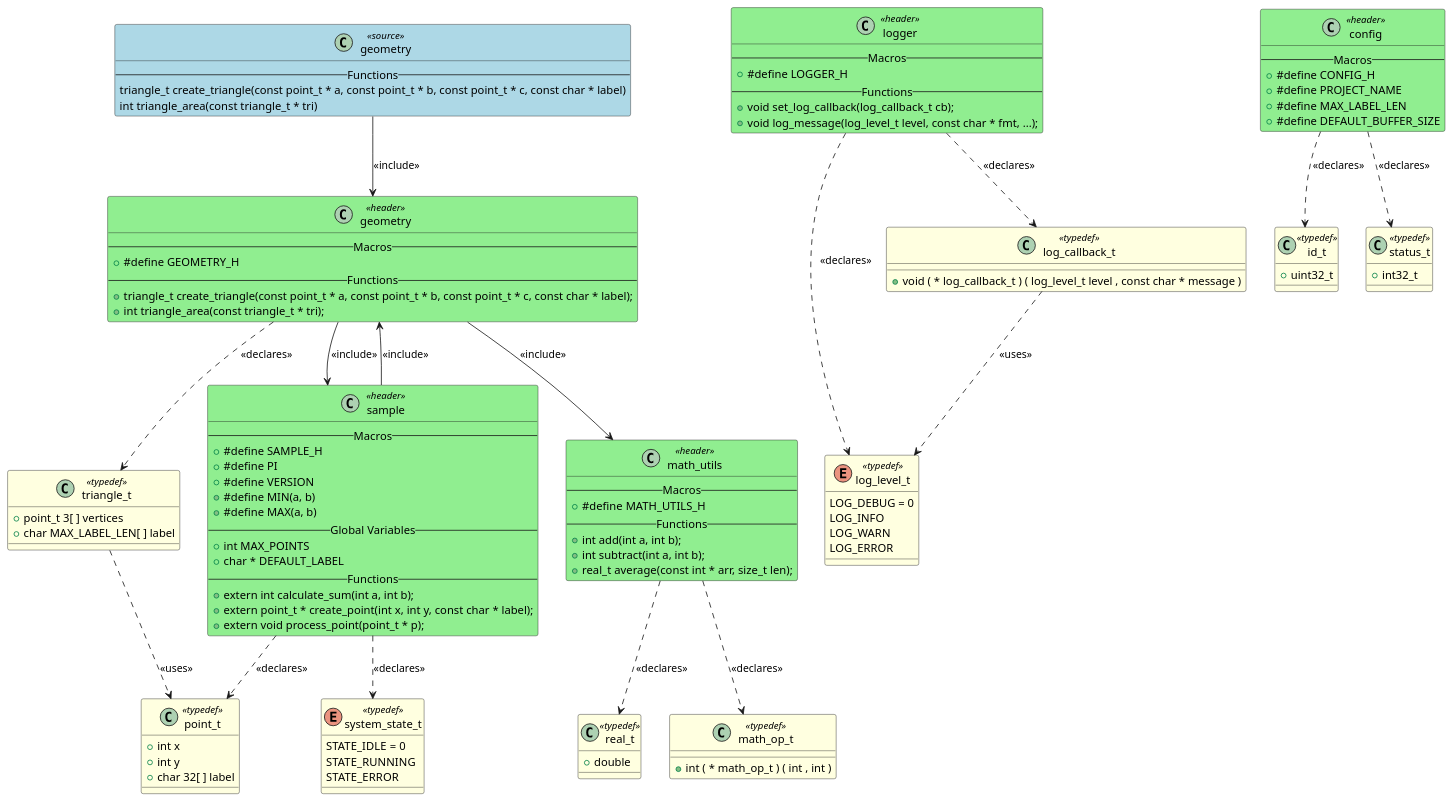
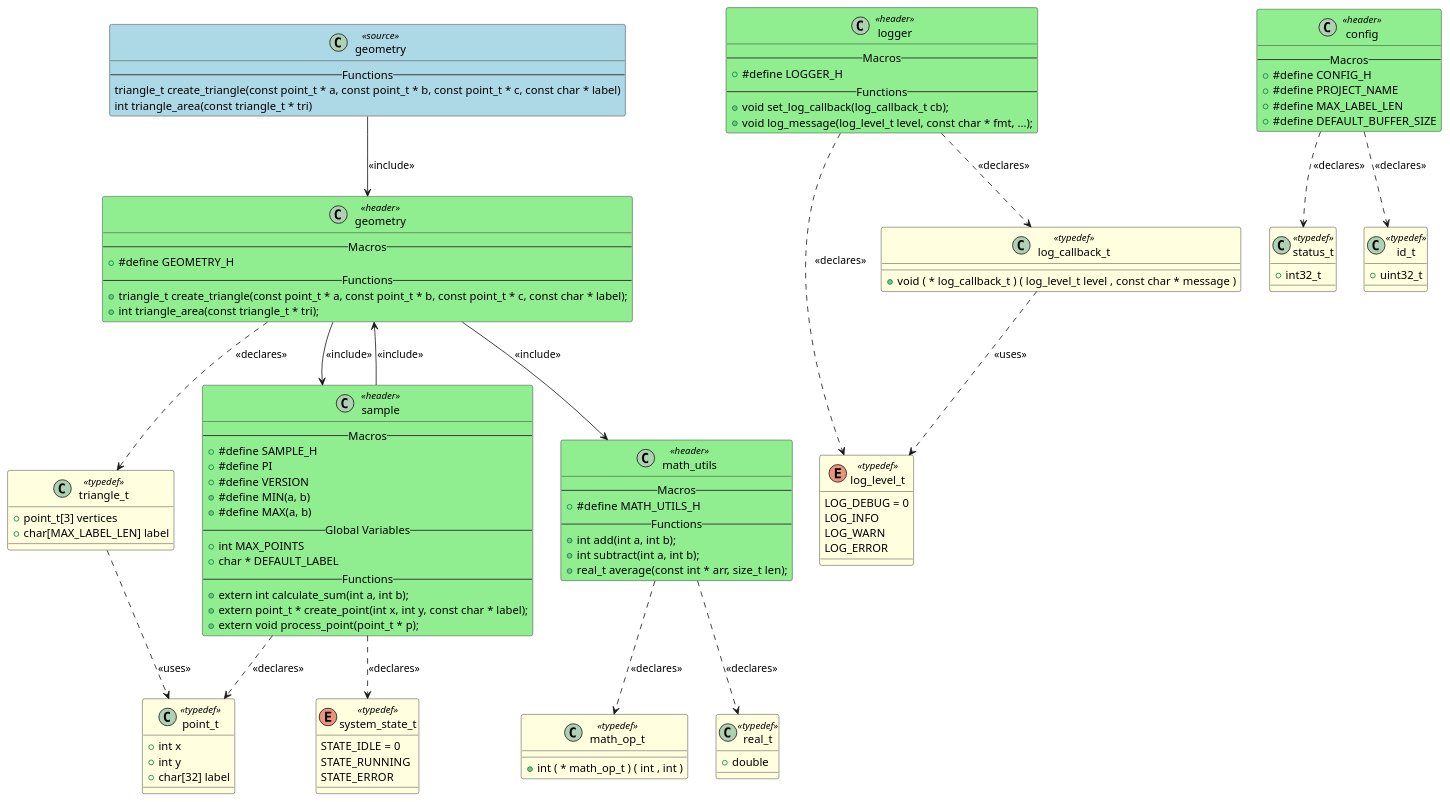
The diagram in output/geometry.puml (fischerjooo/c2puml), drawn with PlantUML before and after one commit. The commit also changed 11 other files, not shown here.

```diff
--- a/output/geometry.puml
+++ b/output/geometry.puml
@@ -1,128 +1,128 @@
 @startuml geometry
 
 class "geometry" as GEOMETRY <<source>> #LightBlue
 {
 -- Functions --
 triangle_t create_triangle(const point_t * a, const point_t * b, const point_t * c, const char * label)
 int triangle_area(const triangle_t * tri)
 }
 
 class "triangle_t" as TYPEDEF_TRIANGLE_T <<typedef>> #LightYellow
 {
-+ point_t 3[ ] vertices
-+ char MAX_LABEL_LEN[ ] label
++ point_t[3] vertices
++ char[MAX_LABEL_LEN] label
 }
 
 enum "log_level_t" as TYPEDEF_LOG_LEVEL_T <<typedef>> #LightYellow
 {
 LOG_DEBUG = 0
 LOG_INFO
 LOG_WARN
 LOG_ERROR
+}
+
+class "point_t" as TYPEDEF_POINT_T <<typedef>> #LightYellow
+{
++ int x
++ int y
++ char[32] label
+}
+
+class "status_t" as TYPEDEF_STATUS_T <<typedef>> #LightYellow
+{
++ int32_t
+}
+
+class "id_t" as TYPEDEF_ID_T <<typedef>> #LightYellow
+{
++ uint32_t
+}
+
+class "math_op_t" as TYPEDEF_MATH_OP_T <<typedef>> #LightYellow
+{
++ int ( * math_op_t ) ( int , int )
 }
 
 enum "system_state_t" as TYPEDEF_SYSTEM_STATE_T <<typedef>> #LightYellow
 {
 STATE_IDLE = 0
 STATE_RUNNING
 STATE_ERROR
 }
 
 class "real_t" as TYPEDEF_REAL_T <<typedef>> #LightYellow
 {
 + double
 }
 
-class "id_t" as TYPEDEF_ID_T <<typedef>> #LightYellow
-{
-+ uint32_t
-}
-
 class "log_callback_t" as TYPEDEF_LOG_CALLBACK_T <<typedef>> #LightYellow
 {
 + void ( * log_callback_t ) ( log_level_t level , const char * message )
-}
-
-class "point_t" as TYPEDEF_POINT_T <<typedef>> #LightYellow
-{
-+ int x
-+ int y
-+ char 32[ ] label
-}
-
-class "status_t" as TYPEDEF_STATUS_T <<typedef>> #LightYellow
-{
-+ int32_t
-}
-
-class "math_op_t" as TYPEDEF_MATH_OP_T <<typedef>> #LightYellow
-{
-+ int ( * math_op_t ) ( int , int )
 }
 
 class "geometry" as HEADER_GEOMETRY <<header>> #LightGreen
 {
 -- Macros --
 + #define GEOMETRY_H
 -- Functions --
 + triangle_t create_triangle(const point_t * a, const point_t * b, const point_t * c, const char * label);
 + int triangle_area(const triangle_t * tri);
-}
-class "sample" as HEADER_SAMPLE <<header>> #LightGreen
-{
--- Macros --
-+ #define SAMPLE_H
-+ #define PI
-+ #define VERSION
-+ #define MIN(a, b)
-+ #define MAX(a, b)
--- Global Variables --
-+ int MAX_POINTS
-+ char * DEFAULT_LABEL
--- Functions --
-+ extern int calculate_sum(int a, int b);
-+ extern point_t * create_point(int x, int y, const char * label);
-+ extern void process_point(point_t * p);
-}
-class "logger" as HEADER_LOGGER <<header>> #LightGreen
-{
--- Macros --
-+ #define LOGGER_H
--- Functions --
-+ void set_log_callback(log_callback_t cb);
-+ void log_message(log_level_t level, const char * fmt, ...);
 }
 class "config" as HEADER_CONFIG <<header>> #LightGreen
 {
 -- Macros --
 + #define CONFIG_H
 + #define PROJECT_NAME
 + #define MAX_LABEL_LEN
 + #define DEFAULT_BUFFER_SIZE
 }
 class "math_utils" as HEADER_MATH_UTILS <<header>> #LightGreen
 {
 -- Macros --
 + #define MATH_UTILS_H
 -- Functions --
 + int add(int a, int b);
 + int subtract(int a, int b);
 + real_t average(const int * arr, size_t len);
 }
+class "logger" as HEADER_LOGGER <<header>> #LightGreen
+{
+-- Macros --
++ #define LOGGER_H
+-- Functions --
++ void set_log_callback(log_callback_t cb);
++ void log_message(log_level_t level, const char * fmt, ...);
+}
+class "sample" as HEADER_SAMPLE <<header>> #LightGreen
+{
+-- Macros --
++ #define SAMPLE_H
++ #define PI
++ #define VERSION
++ #define MIN(a, b)
++ #define MAX(a, b)
+-- Global Variables --
++ int MAX_POINTS
++ char * DEFAULT_LABEL
+-- Functions --
++ extern int calculate_sum(int a, int b);
++ extern point_t * create_point(int x, int y, const char * label);
++ extern void process_point(point_t * p);
+}
 GEOMETRY --> HEADER_GEOMETRY : <<include>>
 HEADER_GEOMETRY --> HEADER_SAMPLE : <<include>>
 HEADER_GEOMETRY --> HEADER_MATH_UTILS : <<include>>
 HEADER_SAMPLE --> HEADER_GEOMETRY : <<include>>
 HEADER_GEOMETRY ..> TYPEDEF_TRIANGLE_T : <<declares>>
 TYPEDEF_TRIANGLE_T ..> TYPEDEF_POINT_T : <<uses>>
 TYPEDEF_LOG_CALLBACK_T ..> TYPEDEF_LOG_LEVEL_T : <<uses>>
 HEADER_SAMPLE ..> TYPEDEF_POINT_T : <<declares>>
 HEADER_SAMPLE ..> TYPEDEF_SYSTEM_STATE_T : <<declares>>
 HEADER_CONFIG ..> TYPEDEF_ID_T : <<declares>>
 HEADER_CONFIG ..> TYPEDEF_STATUS_T : <<declares>>
 HEADER_LOGGER ..> TYPEDEF_LOG_LEVEL_T : <<declares>>
 HEADER_LOGGER ..> TYPEDEF_LOG_CALLBACK_T : <<declares>>
 HEADER_MATH_UTILS ..> TYPEDEF_REAL_T : <<declares>>
 HEADER_MATH_UTILS ..> TYPEDEF_MATH_OP_T : <<declares>>
 
 @enduml
```
